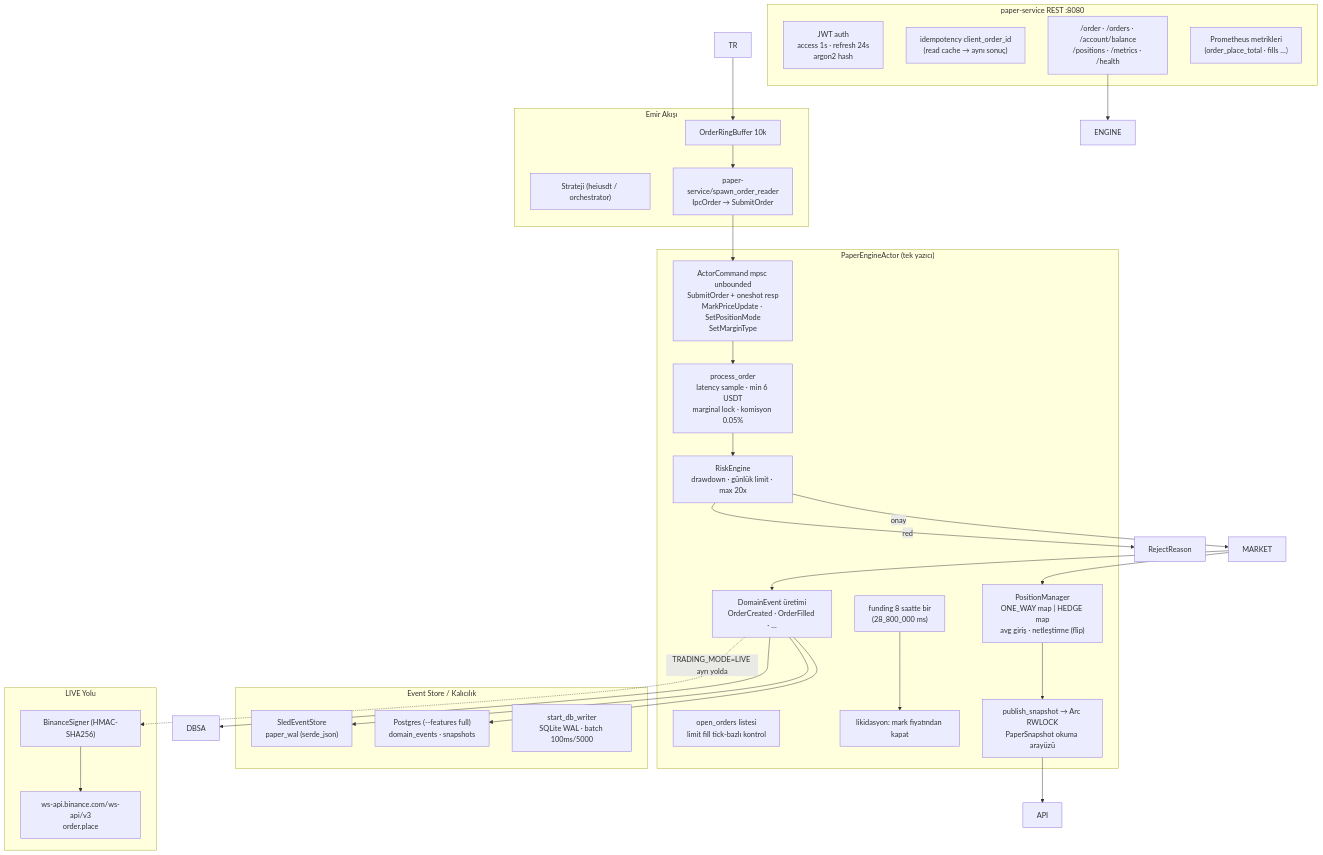
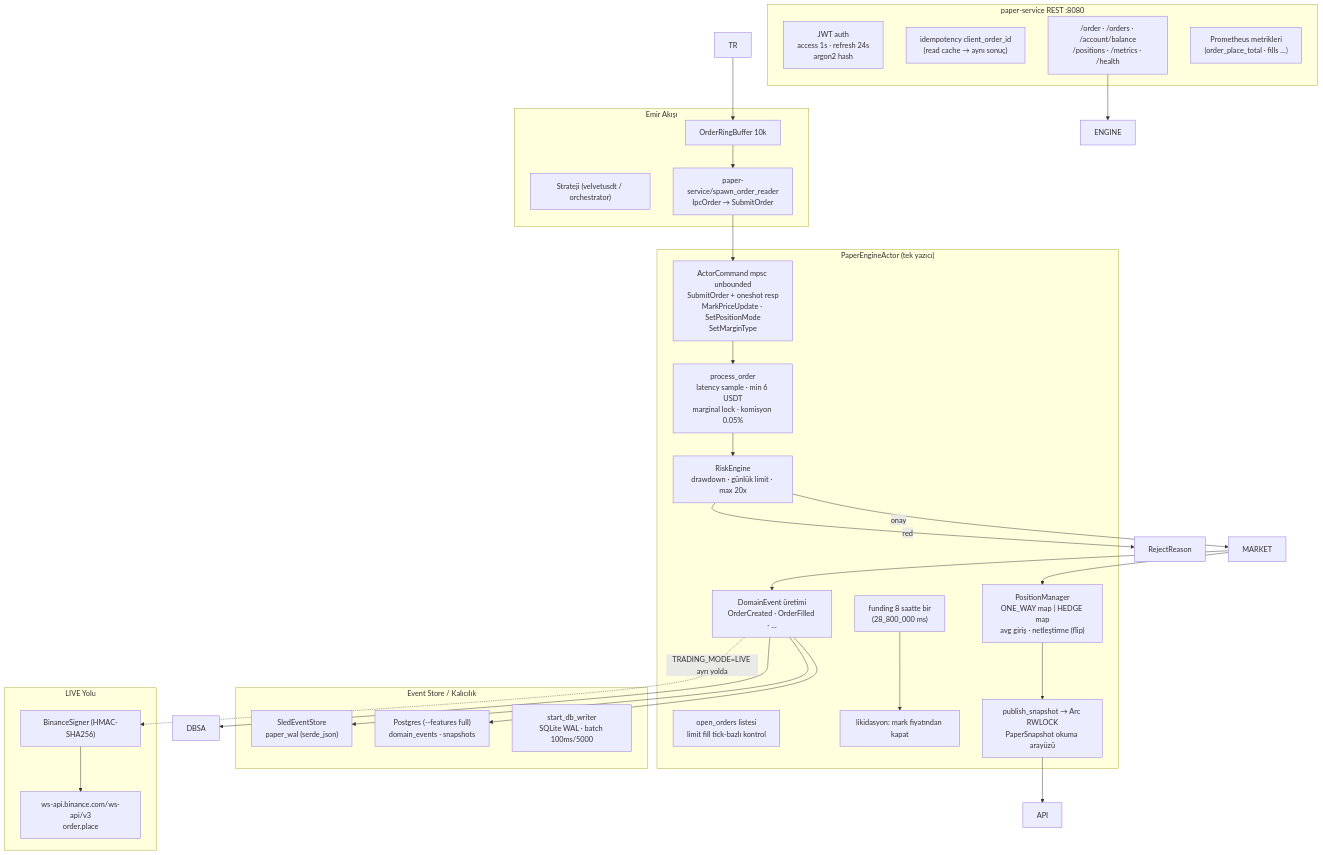
One commit to Quant-Trade-Lab-Community/cycle_finance_bot changed the diagram in docs/flowcharts/09_execution_paper.mmd. Above: the diagram before and after it, drawn with Mermaid. The commit also changed 52 other files, not shown here.

Commit message:
feat: tek zaman dilimi kırılım tespit algoritması (Q/F/C + acımasız kurallar), detect-ms aktif; HEIUSDT → VELVETUSDT (tüm repo); her saniye güncelleme

```diff
--- a/docs/flowcharts/09_execution_paper.mmd
+++ b/docs/flowcharts/09_execution_paper.mmd
@@ -1,54 +1,54 @@
 flowchart TB
     subgraph ORD_FLOW["Emir Akışı"]
-        STRAT["Strateji (heiusdt / orchestrator)"]
+        STRAT["Strateji (velvetusdt / orchestrator)"]
         OR_RING[OrderRingBuffer 10k]
         BRIDGE["paper-service/spawn_order_reader<br/>IpcOrder → SubmitOrder"]
     end
 
     subgraph ACTOR["PaperEngineActor (tek yazıcı)"]
         CMD["ActorCommand mpsc unbounded<br/>SubmitOrder + oneshot resp<br/>MarkPriceUpdate · SetPositionMode<br/>SetMarginType"]
         PROCESS["process_order<br/>latency sample · min 6 USDT<br/>marginal lock · komisyon 0.05%"]
         LIMIT["open_orders listesi<br/>limit fill tick-bazlı kontrol"]
         FUND["funding 8 saatte bir<br/>(28_800_000 ms)"]
         LIQ["likidasyon: mark fiyatından kapat"]
         POS["PositionManager<br/>ONE_WAY map | HEDGE map<br/>avg giriş · netleştirme (flip)"]
         RISK2["RiskEngine<br/>drawdown · günlük limit · max 20x"]
         SNAP["publish_snapshot → Arc RWLOCK<br/>PaperSnapshot okuma arayüzü"]
         EV["DomainEvent üretimi<br/>OrderCreated · OrderFilled · …"]
     end
 
     subgraph PERS["Event Store / Kalıcılık"]
         SLED["SledEventStore<br/>paper_wal (serde_json)"]
         PG["Postgres (--features full)<br/>domain_events · snapshots"]
         DBA["start_db_writer<br/>SQLite WAL · batch 100ms/5000"]
     end
 
     subgraph API2["paper-service REST :8080"]
         JWT["JWT auth<br/>access 1s · refresh 24s<br/>argon2 hash"]
         IDEM["idempotency client_order_id<br/>(read cache → aynı sonuç)"]
         ROUTES["/order · /orders · /account/balance<br/>/positions · /metrics · /health"]
         METR["Prometheus metrikleri<br/>(order_place_total · fills …)"]
     end
 
     TR --> OR_RING --> BRIDGE
     BRIDGE --> CMD
     CMD --> PROCESS
     PROCESS --> RISK2
     RISK2 -->|red| REJ[RejectReason]
     RISK2 -->|onay| MARKET
     MARKET --> POS --> SNAP
     MARKET --> EV
     FUND --> LIQ
     EV --> SLED
     EV --> PG
     EV --> DBSA
     SNAP --> API
     ROUTES --> ENGINE
 
     subgraph CANLI["LIVE Yolu"]
         SIGN["BinanceSigner (HMAC-SHA256)"]
         W["ws-api.binance.com/ws-api/v3<br/>order.place"]
     end
 
     EV -.->|TRADING_MODE=LIVE ayrı yolda| SIGN
     SIGN --> W
```
